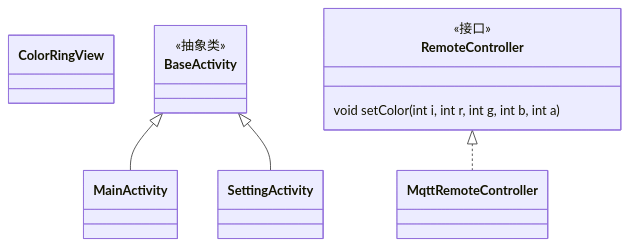
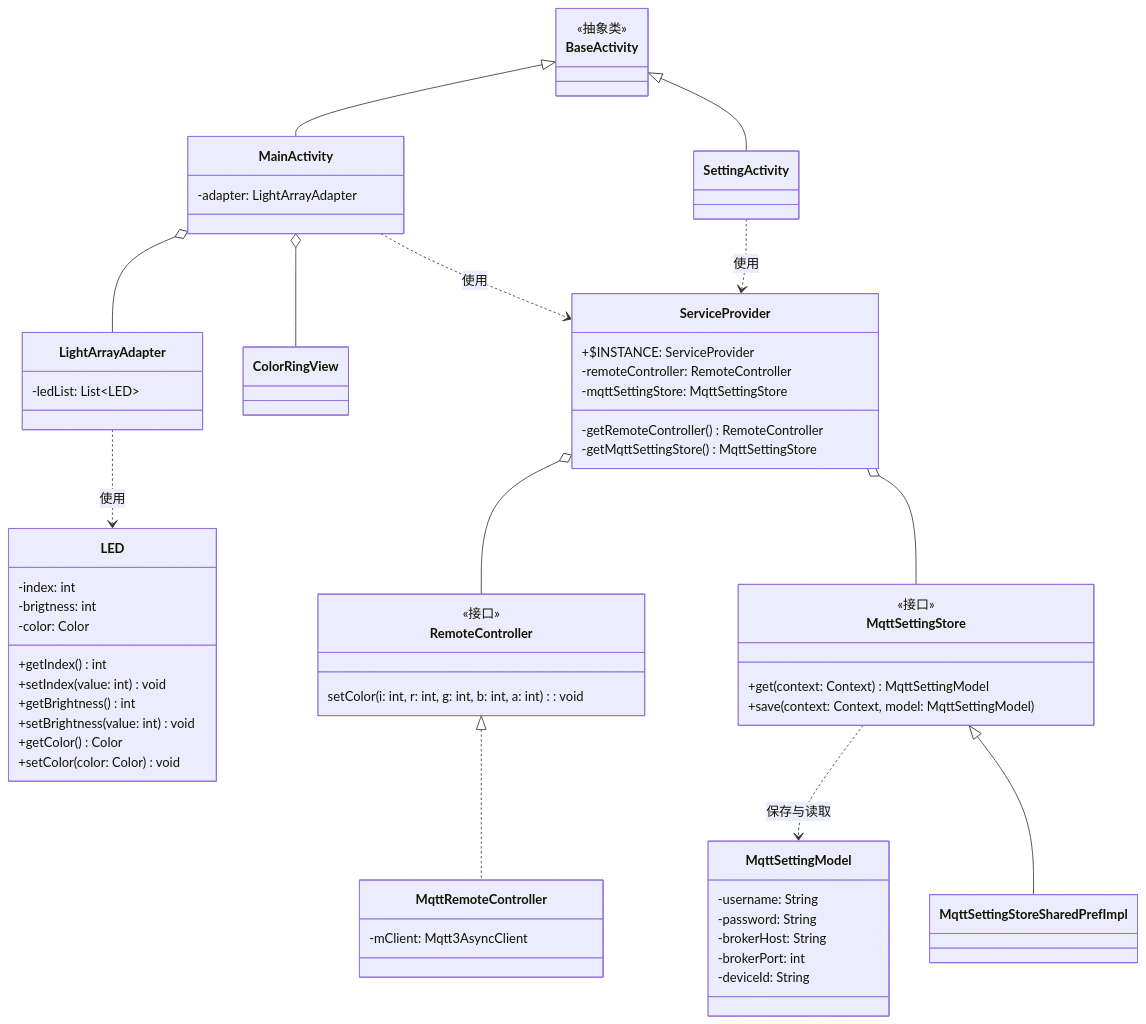
Before and after one commit to enix223/enix223.github.io: the diagram in content/posts/IoT-RGB-Light-3-android-app/index.md, drawn with Mermaid.

Commit message:
feat: update rgb light series 3

````diff
--- a/content/posts/IoT-RGB-Light-3-android-app/index.md
+++ b/content/posts/IoT-RGB-Light-3-android-app/index.md
@@ -78,25 +78,69 @@
 ```mermaid
 classDiagram
   class ColorRingView {
   
   }
   class BaseActivity {
     <<抽象类>>
   }
   class MainActivity {
-    
+    -adapter: LightArrayAdapter
   }
   class SettingActivity {
     
   }
   class RemoteController {
     <<接口>>
-    void setColor(int i, int r, int g, int b, int a)
+    setColor(i: int, r: int, g: int, b: int, a: int): void
   }
   class MqttRemoteController {
-  
+    -mClient: Mqtt3AsyncClient
   }
+  class LightArrayAdapter {
+    -ledList: List~LED~
+  }
+  class LED {
+    -index: int
+    -brigtness: int
+    -color: Color
+    +getIndex() int
+    +setIndex(value: int) void
+    +getBrightness() int
+    +setBrightness(value: int) void
+    +getColor() Color
+    +setColor(color: Color) void
+  }
+  class MqttSettingModel {
+    -username: String
+    -password: String 
+    -brokerHost: String 
+    -brokerPort: int
+    -deviceId: String 
+  }
+  class MqttSettingStore {
+    <<接口>>
+    +get(context: Context) MqttSettingModel
+    +save(context: Context, model: MqttSettingModel)
+  }
+  class MqttSettingStoreSharedPrefImpl {
+  }
+  class ServiceProvider {
+     +$INSTANCE: ServiceProvider
+     -remoteController: RemoteController
+     -mqttSettingStore: MqttSettingStore
+     -getRemoteController() RemoteController
+     -getMqttSettingStore() MqttSettingStore
+  }
+  ServiceProvider o-- RemoteController
+  ServiceProvider o-- MqttSettingStore
   BaseActivity <|-- MainActivity
   BaseActivity <|-- SettingActivity
   RemoteController <|.. MqttRemoteController
+  MainActivity o-- LightArrayAdapter
+  MainActivity o-- ColorRingView
+  MqttSettingStore ..> MqttSettingModel: 保存与读取
+  LightArrayAdapter ..> LED: 使用
+  MainActivity ..> ServiceProvider: 使用
+  SettingActivity ..> ServiceProvider: 使用
+  MqttSettingStore <|-- MqttSettingStoreSharedPrefImpl
 ```
````
